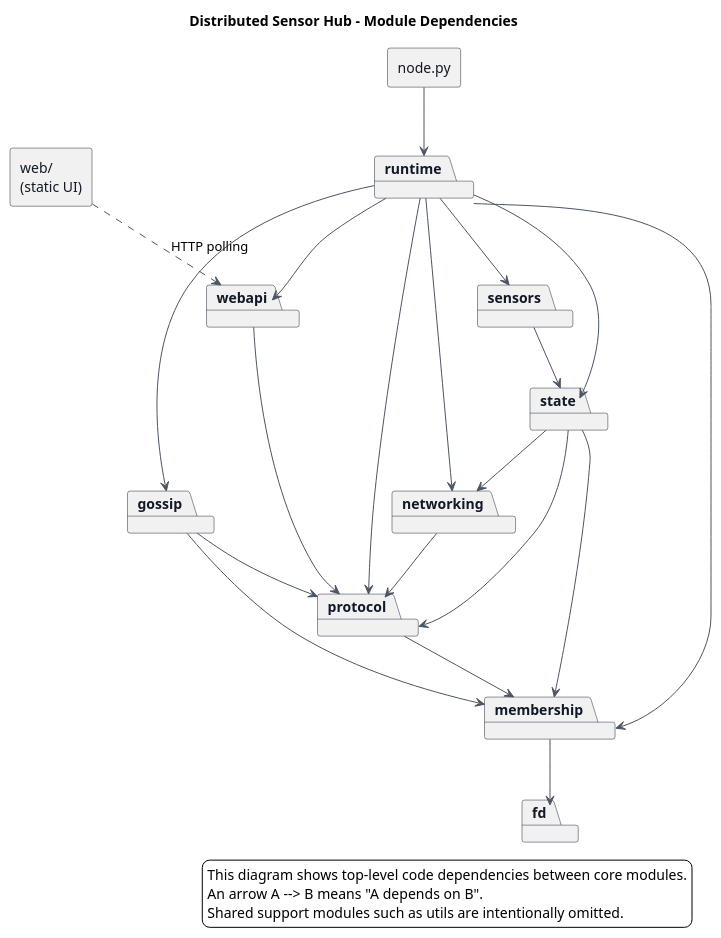
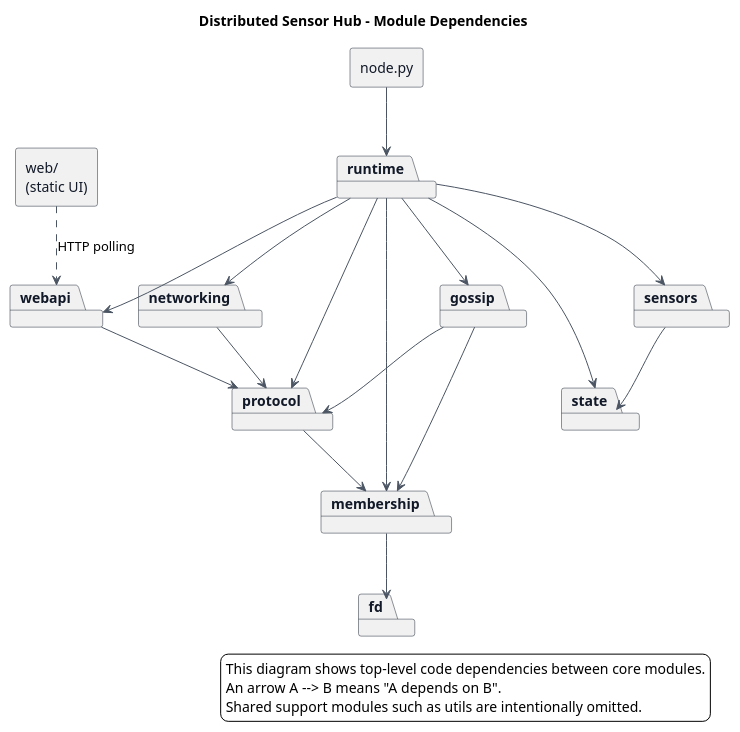
Before and after one commit to AlexSantini10/distributed-sensor-hub: the diagram in docs/module-dependencies.puml, drawn with PlantUML. The commit also changed 2 other files, not shown here.

```diff
--- a/docs/module-dependencies.puml
+++ b/docs/module-dependencies.puml
@@ -1,62 +1,58 @@
 @startuml
 title Distributed Sensor Hub - Module Dependencies
 
 skinparam backgroundColor white
 skinparam shadowing false
 skinparam packageStyle rectangle
 skinparam componentStyle rectangle
 skinparam ArrowColor #4B5563
 skinparam PackageBorderColor #1F2937
 skinparam PackageFontColor #111827
 skinparam ComponentBorderColor #1F2937
 skinparam ComponentFontColor #111827
 
 legend right
   This diagram shows top-level code dependencies between core modules.
   An arrow A --> B means "A depends on B".
   Shared support modules such as utils are intentionally omitted.
 endlegend
 
 component "node.py" as node
 
 package "runtime" as runtime
 package "protocol" as protocol
 package "networking" as networking
 package "membership" as membership
 package "fd" as fd
 package "gossip" as gossip
 package "state" as state
 package "sensors" as sensors
 package "webapi" as webapi
 component "web/\n(static UI)" as web
 
 node --> runtime
 
 runtime --> networking
 runtime --> protocol
 runtime --> membership
 runtime --> gossip
 runtime --> sensors
 runtime --> state
 runtime --> webapi
 
 protocol --> membership
 
 networking --> protocol
 
 membership --> fd
 
 gossip --> membership
 gossip --> protocol
 
-state --> membership
-state --> networking
-state --> protocol
-
 sensors --> state
 
 webapi --> protocol
 
 web ..> webapi : HTTP polling
 
 @enduml
```
